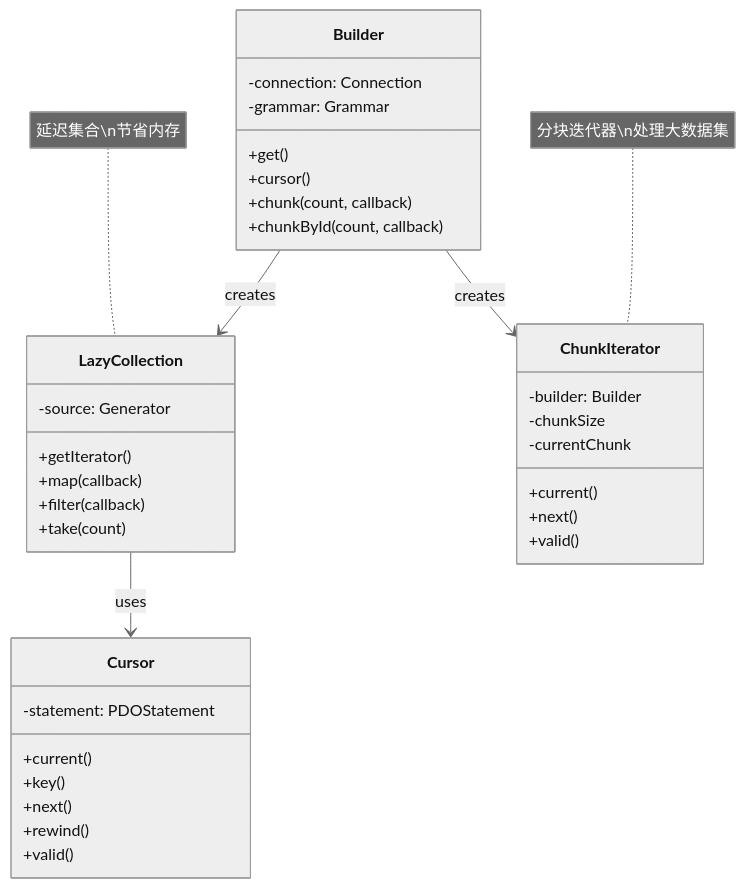
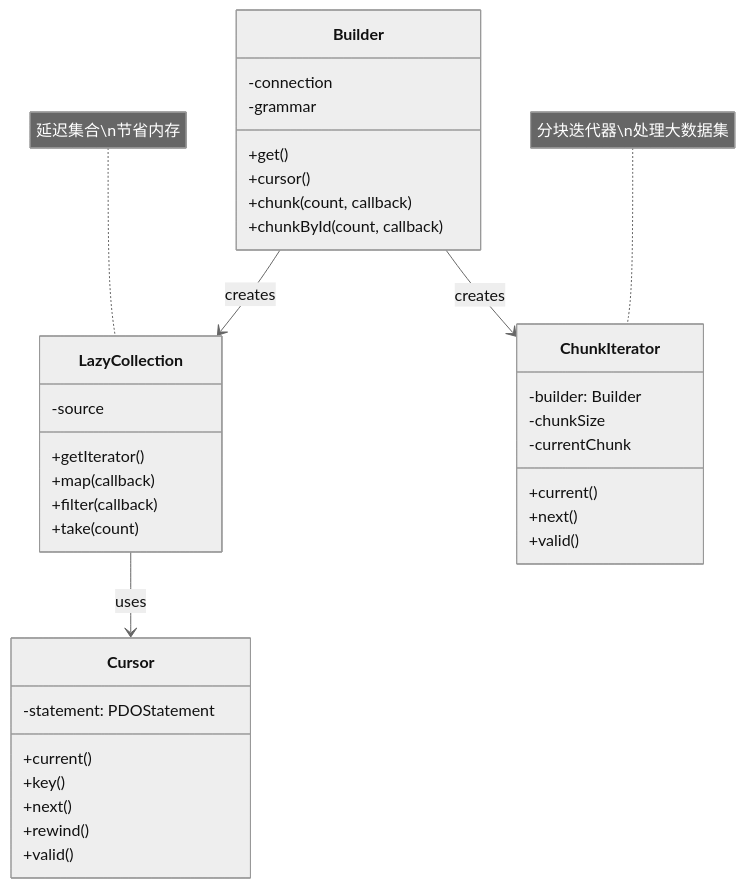
The fourth of 7 diagrams in resources/design-patterns/laravel/behavioral/iterator_zh.md (fanly/DesignPattern), drawn with Mermaid (neutral theme) before and after one commit. The commit also changed other lines of this file and 17 other files, not shown here.

````diff
--- a/resources/design-patterns/laravel/behavioral/iterator_zh.md
+++ b/resources/design-patterns/laravel/behavioral/iterator_zh.md
@@ -123,44 +123,44 @@
 ```mermaid
 classDiagram
     class Builder {
-        -connection: Connection
-        -grammar: Grammar
+        -connection
+        -grammar
         +get()
         +cursor()
         +chunk(count, callback)
         +chunkById(count, callback)
     }
     
     class LazyCollection {
-        -source: Generator
+        -source
         +getIterator()
         +map(callback)
         +filter(callback)
         +take(count)
     }
     
     class Cursor {
         -statement: PDOStatement
         +current()
         +key()
         +next()
         +rewind()
         +valid()
     }
     
     class ChunkIterator {
         -builder: Builder
         -chunkSize
         -currentChunk
         +current()
         +next()
         +valid()
     }
     
     Builder --> LazyCollection : creates
     Builder --> ChunkIterator : creates
     LazyCollection --> Cursor : uses
     
     note for LazyCollection "延迟集合\n节省内存"
     note for ChunkIterator "分块迭代器\n处理大数据集"
 ```
````
